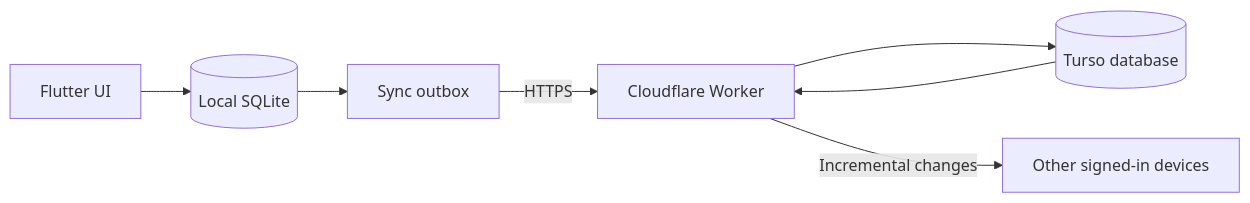
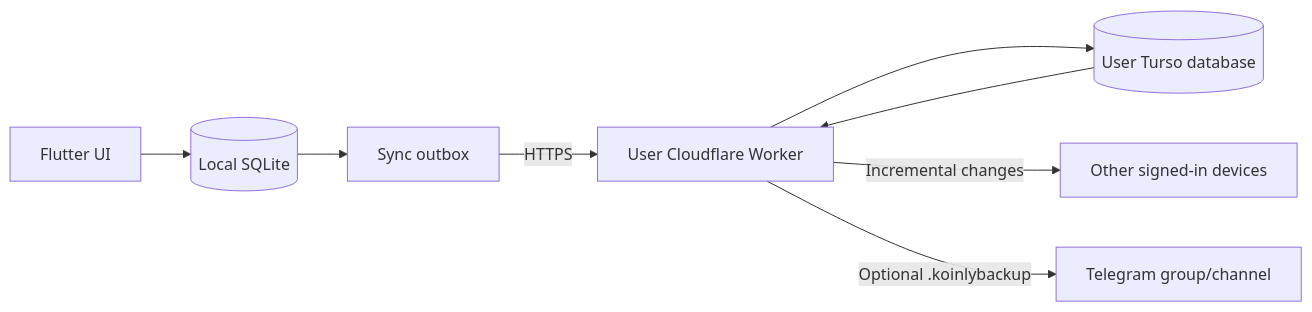
Before and after one commit to Chowdhury-Siam/Koinly: the diagram in README.md, drawn with Mermaid. The commit also changed other lines of this file and 31 other files, not shown here.

````diff
--- a/README.md
+++ b/README.md
@@ -110,9 +85,10 @@
 ```mermaid
 flowchart LR
     UI[Flutter UI] --> DB[(Local SQLite)]
     DB --> OUTBOX[Sync outbox]
-    OUTBOX -->|HTTPS| WORKER[Cloudflare Worker]
-    WORKER --> TURSO[(Turso database)]
+    OUTBOX -->|HTTPS| WORKER[User Cloudflare Worker]
+    WORKER --> TURSO[(User Turso database)]
     TURSO --> WORKER
     WORKER -->|Incremental changes| DEVICES[Other signed-in devices]
+    WORKER -->|Optional .koinlybackup| TELEGRAM[Telegram group/channel]
 ```
````
